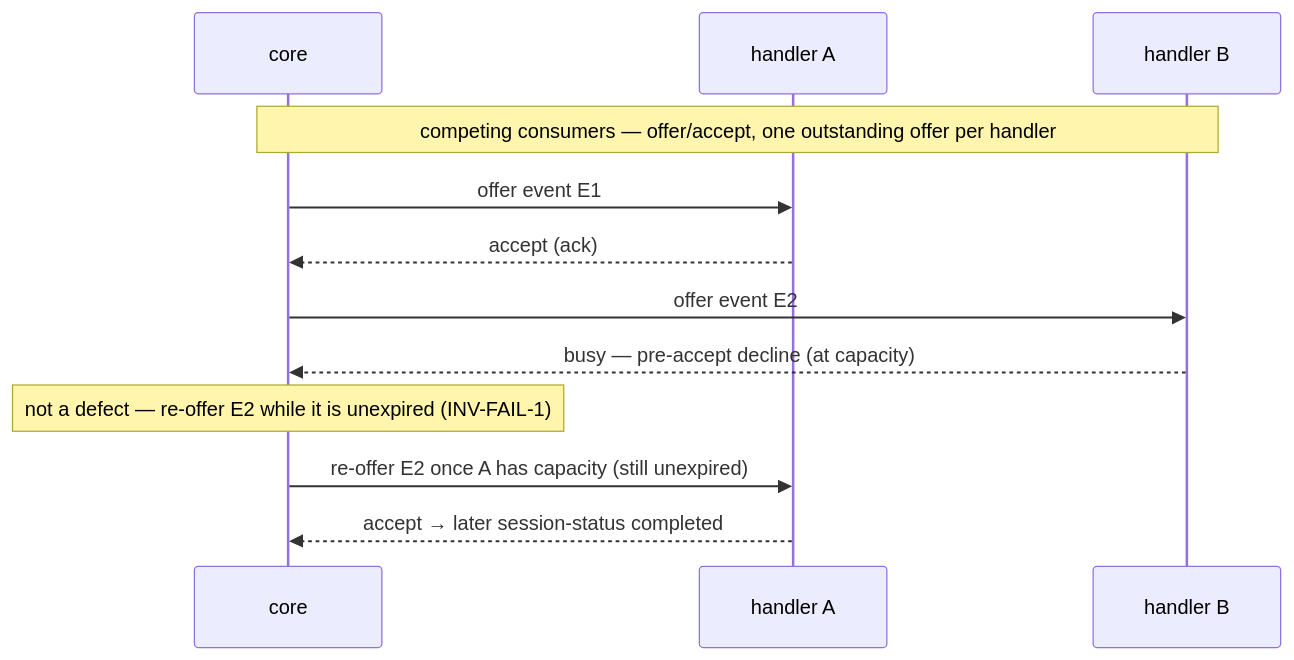
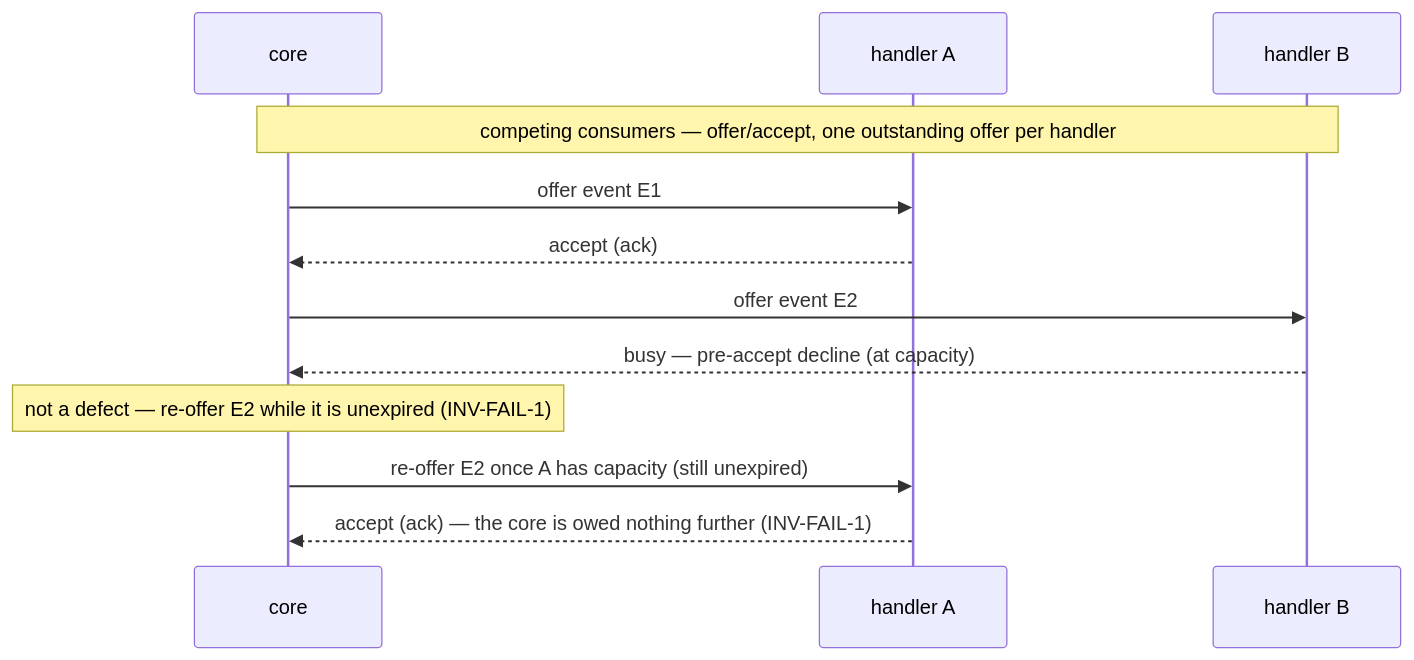
Before and after one commit to phillipgreenii/nix-agent-support: the second of 2 diagrams in packages/pr-pool/docs/behavior/invariants.md, drawn with Mermaid. The commit also changed other lines of this file and 5 other files, not shown here.

````diff
--- a/packages/pr-pool/docs/behavior/invariants.md
+++ b/packages/pr-pool/docs/behavior/invariants.md
@@ -126,14 +126,14 @@
 ```mermaid
 sequenceDiagram
     participant Core as core
     participant A as handler A
     participant B as handler B
     Note over Core,B: competing consumers — offer/accept, one outstanding offer per handler
     Core->>A: offer event E1
     A-->>Core: accept (ack)
     Core->>B: offer event E2
     B-->>Core: busy — pre-accept decline (at capacity)
     Note over Core: not a defect — re-offer E2 while it is unexpired (INV-FAIL-1)
     Core->>A: re-offer E2 once A has capacity (still unexpired)
-    A-->>Core: accept → later session-status completed
+    A-->>Core: accept (ack) — the core is owed nothing further (INV-FAIL-1)
 ```
````
